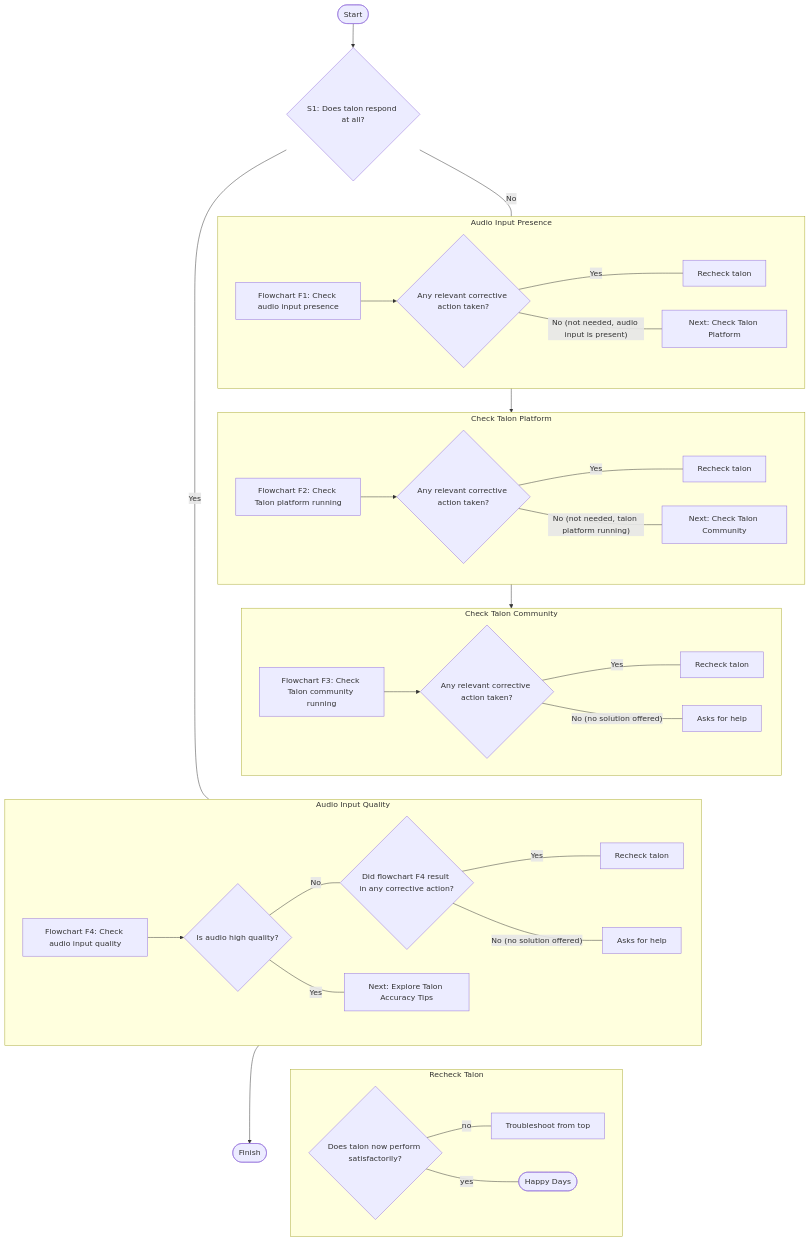
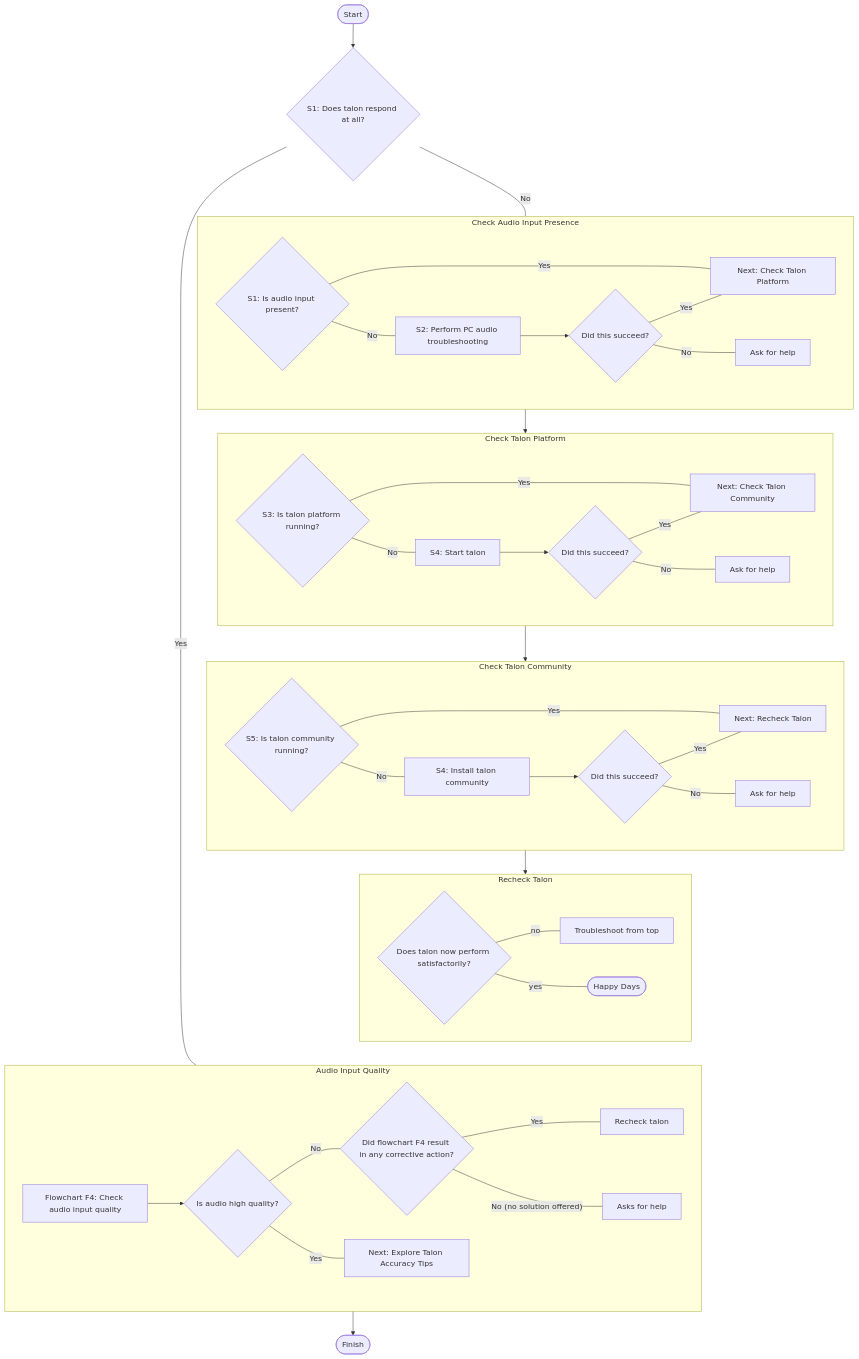
Before and after one commit to TalonCommunity/Wiki: the diagram in docs/Resource Hub/Troubleshooting/basic-issues.md, drawn with Mermaid. The commit also changed 2 other files, not shown here.

Commit message:
progress

````diff
--- a/docs/Resource Hub/Troubleshooting/basic-issues.md
+++ b/docs/Resource Hub/Troubleshooting/basic-issues.md
@@ -7,65 +7,80 @@
 ```mermaid
 graph TB
     start@{ shape: stadium, label: "Start"}
     start-->S1
 
     S1{S1: Does talon respond at all?}
     S1-- No ---group_audio_presence
     S1-- Yes ---group_audio_quality
 
-    subgraph group_audio_presence["Audio Input Presence"]
+    subgraph group_audio_presence["Check Audio Input Presence"]
         direction LR
-        F1A[Flowchart F1: Check audio input presence]
-        F1A-->F1B
-        F1B{Any relevant corrective action taken?}
-        F1B-- Yes ---recheck1[Recheck talon]
-        F1B-- No (not needed, audio input is present) ---next1
+        F1A{S1: Is audio input present?}
+        F1A-- No ---F1B
+        F1A-- Yes ---next1
+        F1B[S2: Perform PC audio troubleshooting]
+        F1B-->F1C
+        F1C{Did this succeed?}
+        F1C-- No ---ask_for_help1
+        F1C-- Yes ---next1
+        ask_for_help1[Ask for help]
         next1[Next: Check Talon Platform]
     end
     group_audio_presence-->group_talon_platform
 
     subgraph group_talon_platform["Check Talon Platform"]
-        F2A[Flowchart F2: Check Talon platform running]
-        F2A-->F2B
-        F2B{Any relevant corrective action taken?}
-        F2B-- Yes ---recheck2[Recheck talon]
-        F2B-- No (not needed, talon platform running) ---next2
+        direction LR
+        F2A{S3: Is talon platform running?}
+        F2A-- No ---F2B
+        F2A-- Yes ---next2
+        F2B[S4: Start talon]
+        F2B-->F2C
+        F2C{Did this succeed?}
+        F2C-- No ---ask_for_help2
+        F2C-- Yes ---next2
+        ask_for_help2[Ask for help]
         next2[Next: Check Talon Community]
     end
     group_talon_platform-->group_talon_community
 
     subgraph group_talon_community["Check Talon Community"]
-        F3A[Flowchart F3: Check Talon community running]
-        F3A-->F3B
-        F3B{Any relevant corrective action taken?}
-        F3B-- Yes ---recheck3[Recheck talon]
-        F3B-- No (no solution offered) ---ask_for_help1
-        ask_for_help1[Asks for help]
+        direction LR
+        _F3A{S5: Is talon community running?}
+        _F3A-- No ---_F3B
+        _F3A-- Yes ---next3
+        _F3B[S4: Install talon community]
+        _F3B-->_F3C
+        _F3C{Did this succeed?}
+        _F3C-- No ---ask_for_help3
+        _F3C-- Yes ---next3
+        ask_for_help3[Ask for help]
+        next3[Next: Recheck Talon]
     end
-    %% the following link is "invisible" and is only present for improving the layout %%
-    group_talon_community ~~~ group_audio_quality
-
-    subgraph group_audio_quality["Audio Input Quality"]
-        F4A[Flowchart F4: Check audio input quality]
-        F4A-->F4B
-        F4B{Is audio high quality?}
-        F4C{Did flowchart F4 result in any corrective action?}
-        F4C-- Yes ---recheck4[Recheck talon]
-        F4C-- No (no solution offered) ---ask_for_help2
-        ask_for_help2[Asks for help]
-        F4B-- Yes ---talon_accuracy[Next: Explore Talon Accuracy Tips]
-        F4B-- No ---F4C
-    end
-    group_audio_quality-->finish
-    group_audio_quality ~~~ group_recheck_talon
+    group_talon_community-->group_recheck_talon
 
     subgraph group_recheck_talon["Recheck Talon"]
         test{Does talon now perform satisfactorily?}
         test-- no ---restart
         test-- yes ---happy_days
         restart[Troubleshoot from top]
         happy_days@{ shape: stadium, label: "Happy Days"}
     end
+    %% the following link is "invisible" and is only present for improving the layout %%
+    group_recheck_talon ~~~ group_audio_quality
+
+    subgraph group_audio_quality["Audio Input Quality"]
+        F4A[Flowchart F4: Check audio input quality]
+        F4A-->F4B
+        F4B{Is audio high quality?}
+        F4C{Did flowchart F4 result in any corrective action?}
+        F4C-- Yes ---recheck4[Recheck talon]
+        F4C-- No (no solution offered) ---ask_for_help4
+        ask_for_help4[Asks for help]
+        F4B-- Yes ---talon_accuracy[Next: Explore Talon Accuracy Tips]
+        F4B-- No ---F4C
+    end
+    group_audio_quality-->finish
+
 
     finish@{ shape: stadium, label: "Finish"}
 ```
````
